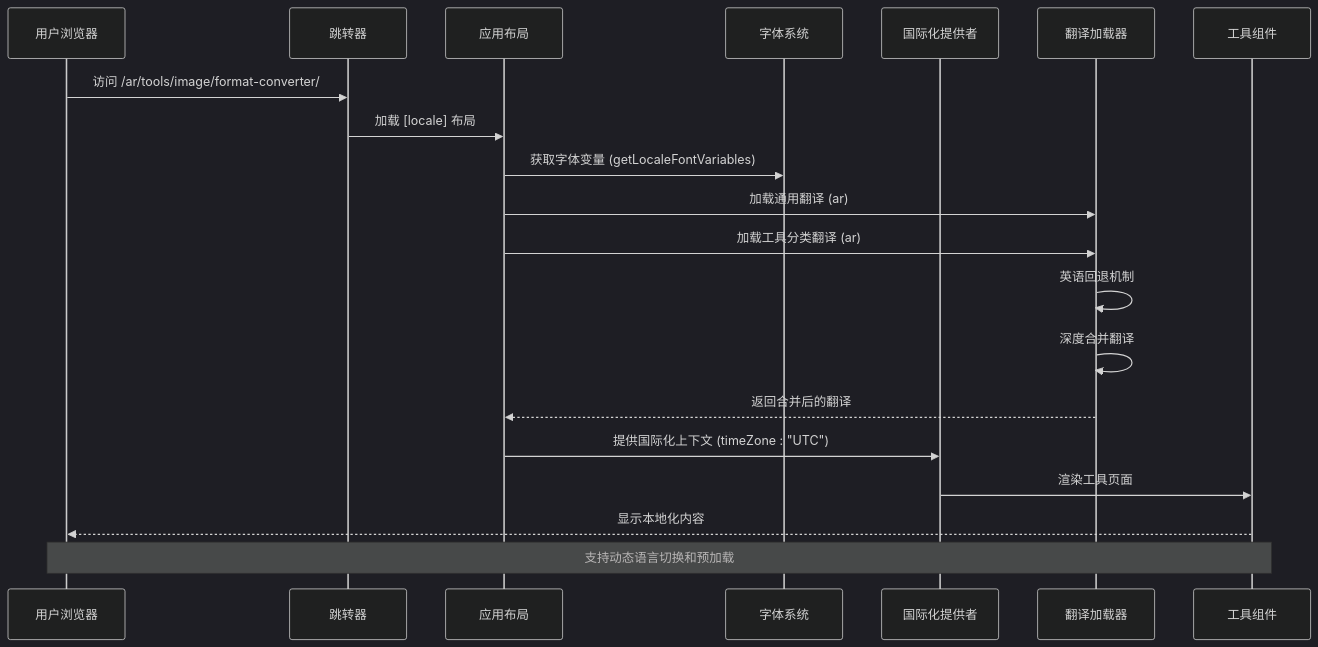
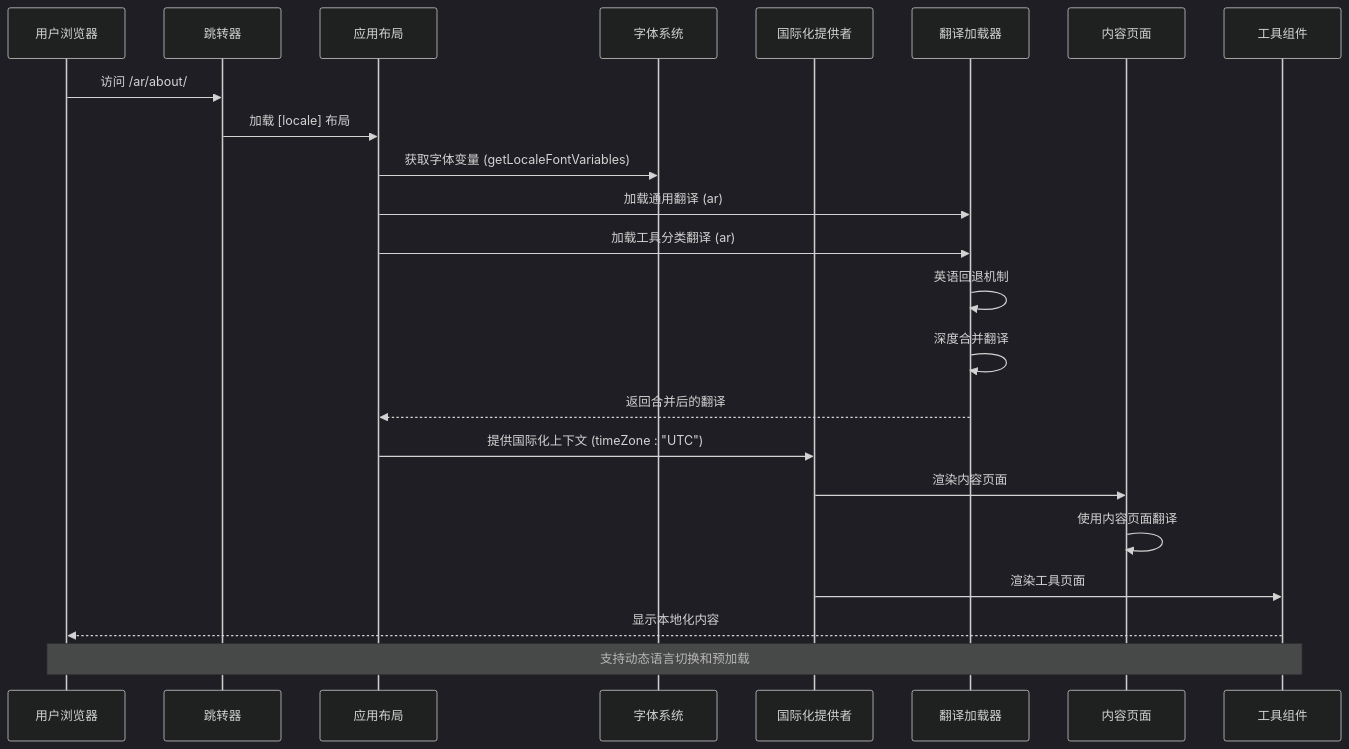
The eighth of 14 diagrams in .qoder/repowiki/zh/content/技术架构/国际化系统.md (sgyy/privadeck), drawn with Mermaid (dark theme) before and after one commit. The commit also changed other lines of this file and 3 other files, not shown here.

````diff
--- a/.qoder/repowiki/zh/content/技术架构/国际化系统.md
+++ b/.qoder/repowiki/zh/content/技术架构/国际化系统.md
@@ -471,22 +567,25 @@
 ```mermaid
 sequenceDiagram
 participant User as 用户浏览器
 participant Router as 跳转器
 participant Layout as 应用布局
 participant Fonts as 字体系统
 participant Provider as 国际化提供者
 participant Messages as 翻译加载器
+participant ContentPages as 内容页面
 participant Tools as 工具组件
-User->>Router : 访问 /ar/tools/image/format-converter/
+User->>Router : 访问 /ar/about/
 Router->>Layout : 加载 [locale] 布局
 Layout->>Fonts : 获取字体变量 (getLocaleFontVariables)
 Layout->>Messages : 加载通用翻译 (ar)
 Layout->>Messages : 加载工具分类翻译 (ar)
 Messages->>Messages : 英语回退机制
 Messages->>Messages : 深度合并翻译
 Messages-->>Layout : 返回合并后的翻译
 Layout->>Provider : 提供国际化上下文 (timeZone : "UTC")
+Provider->>ContentPages : 渲染内容页面
+ContentPages->>ContentPages : 使用内容页面翻译
 Provider->>Tools : 渲染工具页面
 Tools-->>User : 显示本地化内容
 Note over User,Tools : 支持动态语言切换和预加载
 ```
````
